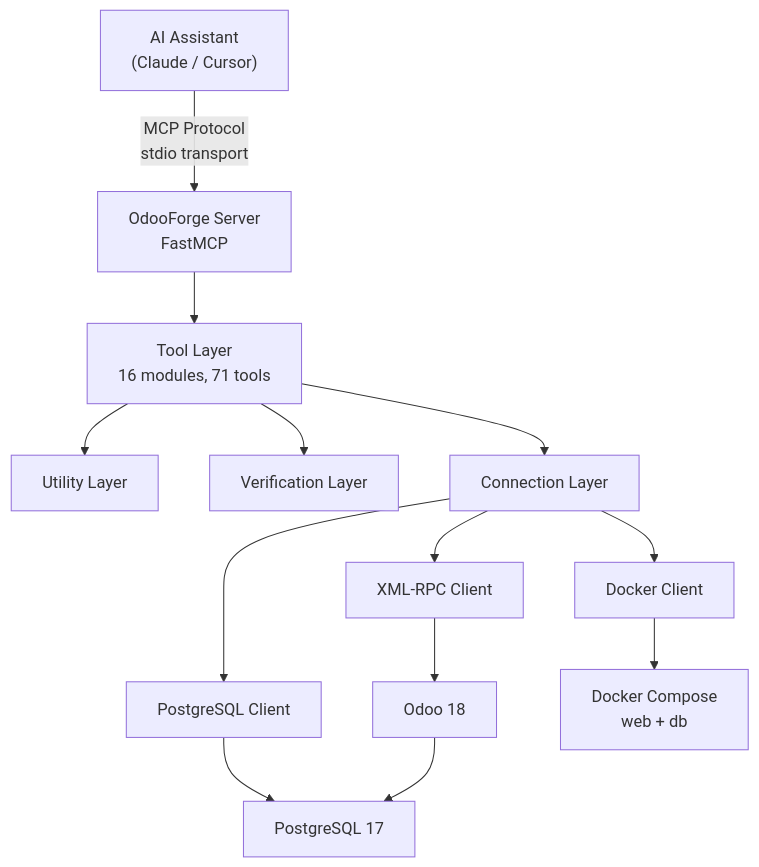
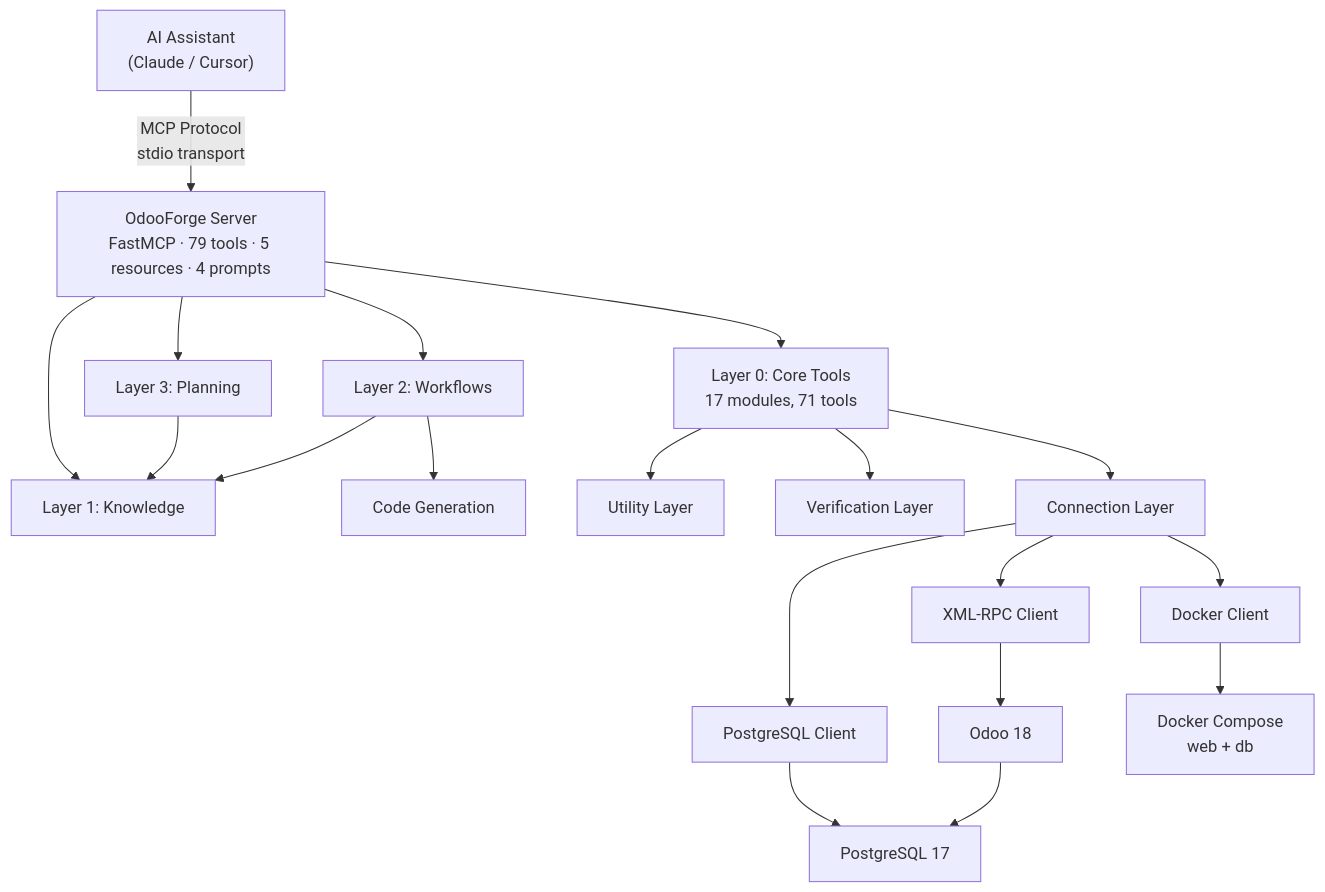
One commit to hamzatrq/odoo-forge changed the first of 2 diagrams in docs/architecture.md. Above: the diagram before and after it, drawn with Mermaid. The commit also changed other lines of this file and 7 other files, not shown here.

````diff
--- a/docs/architecture.md
+++ b/docs/architecture.md
@@ -7,19 +7,27 @@
 ```mermaid
 graph TB
-    AI["AI Assistant<br/>(Claude / Cursor)"] -->|"MCP Protocol<br/>stdio transport"| Server["OdooForge Server<br/>FastMCP"]
+    AI["AI Assistant<br/>(Claude / Cursor)"] -->|"MCP Protocol<br/>stdio transport"| Server["OdooForge Server<br/>FastMCP · 79 tools · 5 resources · 4 prompts"]
 
-    Server --> Tools["Tool Layer<br/>16 modules, 71 tools"]
-    Tools --> Utils["Utility Layer"]
-    Tools --> Verify["Verification Layer"]
-    Tools --> Conn["Connection Layer"]
+    Server --> L3["Layer 3: Planning"]
+    Server --> L2["Layer 2: Workflows"]
+    Server --> L1["Layer 1: Knowledge"]
+    Server --> L0["Layer 0: Core Tools<br/>17 modules, 71 tools"]
+
+    L3 --> L1
+    L2 --> L1
+    L2 --> Codegen["Code Generation"]
+
+    L0 --> Utils["Utility Layer"]
+    L0 --> Verify["Verification Layer"]
+    L0 --> Conn["Connection Layer"]
 
     Conn --> RPC["XML-RPC Client"]
     Conn --> Docker["Docker Client"]
     Conn --> PG["PostgreSQL Client"]
 
     RPC --> Odoo["Odoo 18"]
     Docker --> Containers["Docker Compose<br/>web + db"]
     PG --> DB["PostgreSQL 17"]
 
     Odoo --> DB
 ```
````
